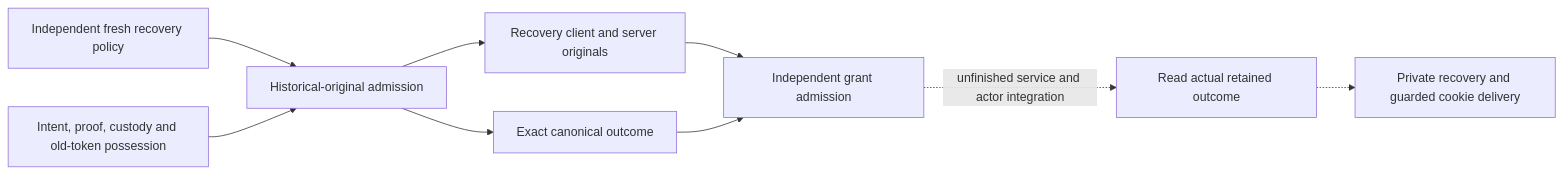
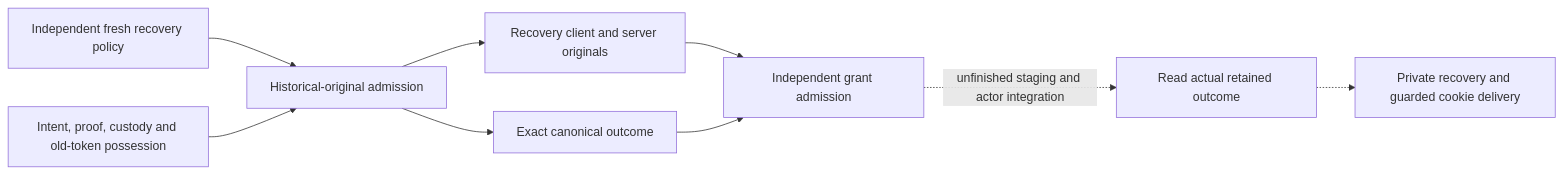
Before and after one commit to AndrewMohawk/catchplate: the second of 2 diagrams in docs/oidc-session-activation-public-recovery.md, drawn with Mermaid. The commit also changed other lines of this file and 21 other files, not shown here.

````diff
--- a/docs/oidc-session-activation-public-recovery.md
+++ b/docs/oidc-session-activation-public-recovery.md
@@ -126,11 +127,11 @@
 ```mermaid
 flowchart LR
   P[Independent fresh recovery policy] --> G[Historical-original admission]
   H[Intent, proof, custody and old-token possession] --> G
   G --> C[Recovery client and server originals]
   G --> O[Exact canonical outcome]
   C --> V[Independent grant admission]
   O --> V
-  V -. unfinished service and actor integration .-> S[Read actual retained outcome]
+  V -. unfinished staging and actor integration .-> S[Read actual retained outcome]
   S -.-> R[Private recovery and guarded cookie delivery]
 ```
````
